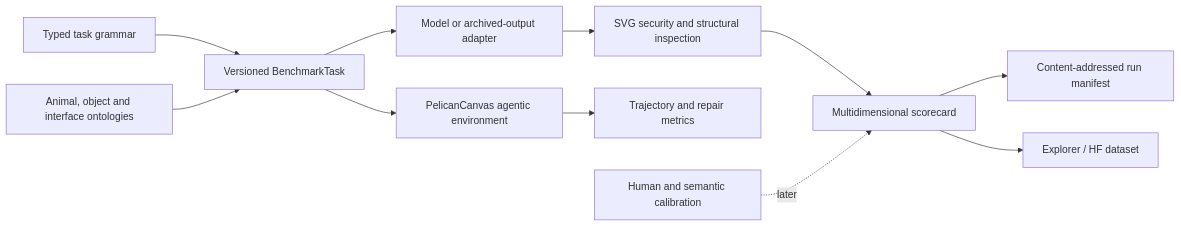
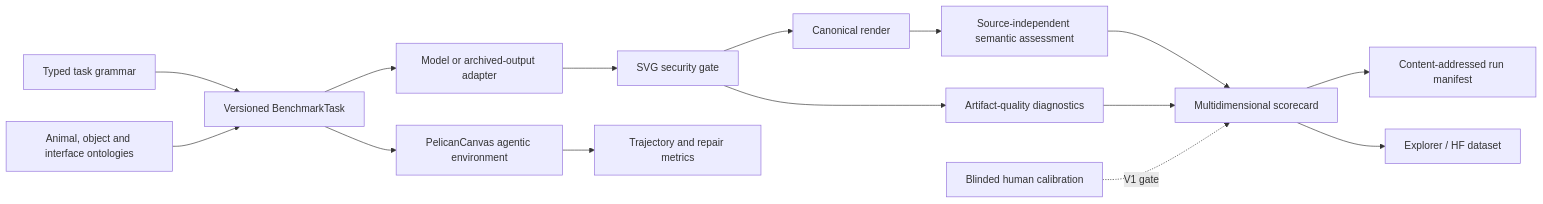
Before and after one commit to edithatogo/pelican-bench: the diagram in README.md, drawn with Mermaid. The commit also changed other lines of this file and 65 other files, not shown here.

````diff
--- a/README.md
+++ b/README.md
@@ -22,13 +22,17 @@
 ```mermaid
 flowchart LR
     G[Typed task grammar] --> T[Versioned BenchmarkTask]
     O[Animal, object and interface ontologies] --> T
     T --> A[Model or archived-output adapter]
-    A --> S[SVG security and structural inspection]
-    S --> C[Multidimensional scorecard]
-    C --> R[Content-addressed run manifest]
+    A --> S[SVG security gate]
+    S --> R[Canonical render]
+    R --> J[Source-independent semantic assessment]
+    S --> Q[Artifact-quality diagnostics]
+    J --> C[Multidimensional scorecard]
+    Q --> C
+    C --> M[Content-addressed run manifest]
     C --> E[Explorer / HF dataset]
     T --> P[PelicanCanvas agentic environment]
     P --> X[Trajectory and repair metrics]
-    H[Human and semantic calibration] -. later .-> C
+    H[Blinded human calibration] -.->|V1 gate| C
 ```
````
